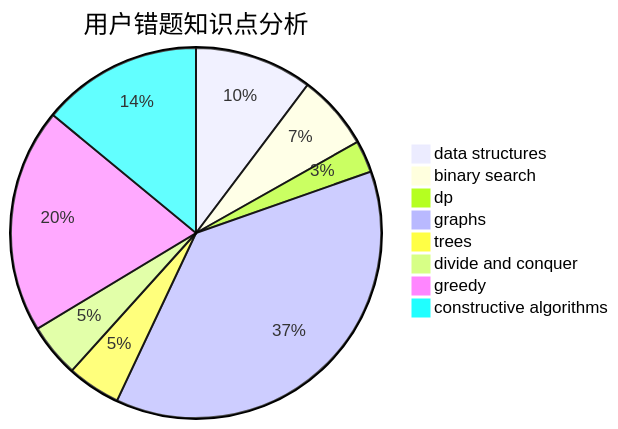
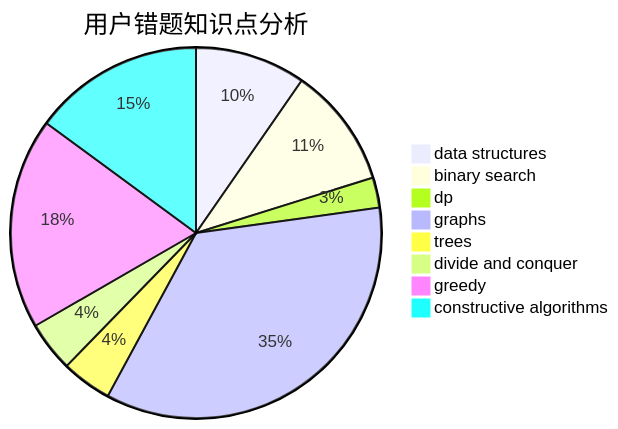
Before and after one commit to sherpahu/cfrs.github.io: the third of 3 diagrams in docs/user/u2256.md, drawn with Mermaid. The commit also changed other lines of this file and 2770 other files, not shown here.

````diff
--- a/docs/user/u2256.md
+++ b/docs/user/u2256.md
@@ -36,11 +36,11 @@
 ```mermaid
 pie title 用户错题知识点分析
     "data structures" :  11
-    "binary search" :  7
+    "binary search" :  12
     "dp" :  3
     "graphs" :  40
     "trees" :  5
     "divide and conquer" :  5
     "greedy" :  21
-    "constructive algorithms" :  15
+    "constructive algorithms" :  17
 ```
````
